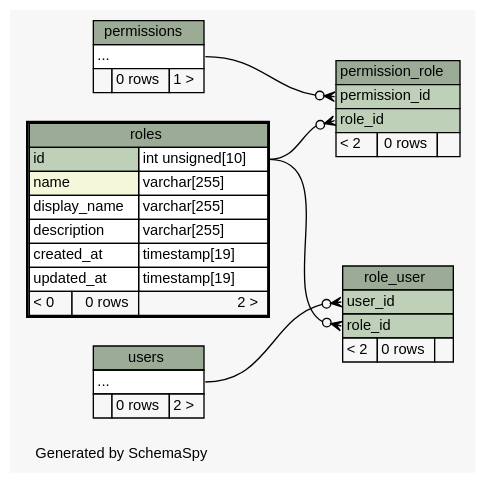
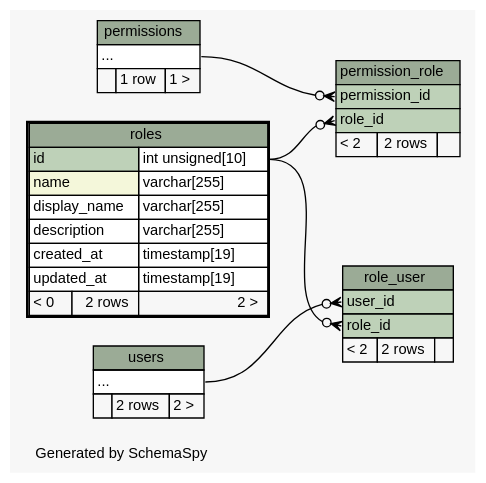
The diagram in docs/diagrams/roles.2degrees.dot (g0v/poli-radar-api), drawn with Graphviz before and after one commit. The commit also changed 105 other files, not shown here.

Commit message:
updated diagram

```diff
--- a/docs/diagrams/roles.2degrees.dot
+++ b/docs/diagrams/roles.2degrees.dot
@@ -1,83 +1,83 @@
 // dot 2.28.0 on Windows 10 10.0
 // SchemaSpy rev 590
 digraph "twoDegreesRelationshipsDiagram" {
   graph [
     rankdir="RL"
     bgcolor="#f7f7f7"
     label="\nGenerated by SchemaSpy"
     labeljust="l"
     nodesep="0.18"
     ranksep="0.46"
     fontname="Helvetica"
     fontsize="11"
   ];
   node [
     fontname="Helvetica"
     fontsize="11"
     shape="plaintext"
   ];
   edge [
     arrowsize="0.8"
   ];
   "permission_role":"permission_id":w -> "permissions":"elipses":e [arrowhead=none dir=back arrowtail=crowodot];
   "permission_role":"role_id":w -> "roles":"id.type":e [arrowhead=none dir=back arrowtail=crowodot];
   "role_user":"role_id":w -> "roles":"id.type":e [arrowhead=none dir=back arrowtail=crowodot];
   "role_user":"user_id":w -> "users":"elipses":e [arrowhead=none dir=back arrowtail=crowodot];
   "permission_role" [
     label=<
     <TABLE BORDER="0" CELLBORDER="1" CELLSPACING="0" BGCOLOR="#ffffff">
       <TR><TD COLSPAN="3" BGCOLOR="#9bab96" ALIGN="CENTER">permission_role</TD></TR>
       <TR><TD PORT="permission_id" COLSPAN="3" BGCOLOR="#bed1b8" ALIGN="LEFT">permission_id</TD></TR>
       <TR><TD PORT="role_id" COLSPAN="3" BGCOLOR="#bed1b8" ALIGN="LEFT">role_id</TD></TR>
-      <TR><TD ALIGN="LEFT" BGCOLOR="#f7f7f7">&lt; 2</TD><TD ALIGN="RIGHT" BGCOLOR="#f7f7f7">0 rows</TD><TD ALIGN="RIGHT" BGCOLOR="#f7f7f7">  </TD></TR>
+      <TR><TD ALIGN="LEFT" BGCOLOR="#f7f7f7">&lt; 2</TD><TD ALIGN="RIGHT" BGCOLOR="#f7f7f7">2 rows</TD><TD ALIGN="RIGHT" BGCOLOR="#f7f7f7">  </TD></TR>
     </TABLE>>
     URL="permission_role.html"
     tooltip="permission_role"
   ];
   "permissions" [
     label=<
     <TABLE BORDER="0" CELLBORDER="1" CELLSPACING="0" BGCOLOR="#ffffff">
       <TR><TD COLSPAN="3" BGCOLOR="#9bab96" ALIGN="CENTER">permissions</TD></TR>
       <TR><TD PORT="elipses" COLSPAN="3" ALIGN="LEFT">...</TD></TR>
-      <TR><TD ALIGN="LEFT" BGCOLOR="#f7f7f7">  </TD><TD ALIGN="RIGHT" BGCOLOR="#f7f7f7">0 rows</TD><TD ALIGN="RIGHT" BGCOLOR="#f7f7f7">1 &gt;</TD></TR>
+      <TR><TD ALIGN="LEFT" BGCOLOR="#f7f7f7">  </TD><TD ALIGN="RIGHT" BGCOLOR="#f7f7f7">1 row</TD><TD ALIGN="RIGHT" BGCOLOR="#f7f7f7">1 &gt;</TD></TR>
     </TABLE>>
     URL="permissions.html"
     tooltip="permissions"
   ];
   "role_user" [
     label=<
     <TABLE BORDER="0" CELLBORDER="1" CELLSPACING="0" BGCOLOR="#ffffff">
       <TR><TD COLSPAN="3" BGCOLOR="#9bab96" ALIGN="CENTER">role_user</TD></TR>
       <TR><TD PORT="user_id" COLSPAN="3" BGCOLOR="#bed1b8" ALIGN="LEFT">user_id</TD></TR>
       <TR><TD PORT="role_id" COLSPAN="3" BGCOLOR="#bed1b8" ALIGN="LEFT">role_id</TD></TR>
-      <TR><TD ALIGN="LEFT" BGCOLOR="#f7f7f7">&lt; 2</TD><TD ALIGN="RIGHT" BGCOLOR="#f7f7f7">0 rows</TD><TD ALIGN="RIGHT" BGCOLOR="#f7f7f7">  </TD></TR>
+      <TR><TD ALIGN="LEFT" BGCOLOR="#f7f7f7">&lt; 2</TD><TD ALIGN="RIGHT" BGCOLOR="#f7f7f7">2 rows</TD><TD ALIGN="RIGHT" BGCOLOR="#f7f7f7">  </TD></TR>
     </TABLE>>
     URL="role_user.html"
     tooltip="role_user"
   ];
   "roles" [
     label=<
     <TABLE BORDER="2" CELLBORDER="1" CELLSPACING="0" BGCOLOR="#ffffff">
       <TR><TD COLSPAN="3" BGCOLOR="#9bab96" ALIGN="CENTER">roles</TD></TR>
       <TR><TD PORT="id" COLSPAN="2" BGCOLOR="#bed1b8" ALIGN="LEFT">id</TD><TD PORT="id.type" ALIGN="LEFT">int unsigned[10]</TD></TR>
       <TR><TD PORT="name" COLSPAN="2" BGCOLOR="#f4f7da" ALIGN="LEFT">name</TD><TD PORT="name.type" ALIGN="LEFT">varchar[255]</TD></TR>
       <TR><TD PORT="display_name" COLSPAN="2" ALIGN="LEFT">display_name</TD><TD PORT="display_name.type" ALIGN="LEFT">varchar[255]</TD></TR>
       <TR><TD PORT="description" COLSPAN="2" ALIGN="LEFT">description</TD><TD PORT="description.type" ALIGN="LEFT">varchar[255]</TD></TR>
       <TR><TD PORT="created_at" COLSPAN="2" ALIGN="LEFT">created_at</TD><TD PORT="created_at.type" ALIGN="LEFT">timestamp[19]</TD></TR>
       <TR><TD PORT="updated_at" COLSPAN="2" ALIGN="LEFT">updated_at</TD><TD PORT="updated_at.type" ALIGN="LEFT">timestamp[19]</TD></TR>
-      <TR><TD ALIGN="LEFT" BGCOLOR="#f7f7f7">&lt; 0</TD><TD ALIGN="RIGHT" BGCOLOR="#f7f7f7">0 rows</TD><TD ALIGN="RIGHT" BGCOLOR="#f7f7f7">2 &gt;</TD></TR>
+      <TR><TD ALIGN="LEFT" BGCOLOR="#f7f7f7">&lt; 0</TD><TD ALIGN="RIGHT" BGCOLOR="#f7f7f7">2 rows</TD><TD ALIGN="RIGHT" BGCOLOR="#f7f7f7">2 &gt;</TD></TR>
     </TABLE>>
     URL="roles.html"
     tooltip="roles"
   ];
   "users" [
     label=<
     <TABLE BORDER="0" CELLBORDER="1" CELLSPACING="0" BGCOLOR="#ffffff">
       <TR><TD COLSPAN="3" BGCOLOR="#9bab96" ALIGN="CENTER">users</TD></TR>
       <TR><TD PORT="elipses" COLSPAN="3" ALIGN="LEFT">...</TD></TR>
-      <TR><TD ALIGN="LEFT" BGCOLOR="#f7f7f7">  </TD><TD ALIGN="RIGHT" BGCOLOR="#f7f7f7">0 rows</TD><TD ALIGN="RIGHT" BGCOLOR="#f7f7f7">2 &gt;</TD></TR>
+      <TR><TD ALIGN="LEFT" BGCOLOR="#f7f7f7">  </TD><TD ALIGN="RIGHT" BGCOLOR="#f7f7f7">2 rows</TD><TD ALIGN="RIGHT" BGCOLOR="#f7f7f7">2 &gt;</TD></TR>
     </TABLE>>
     URL="users.html"
     tooltip="users"
   ];
 }
```
